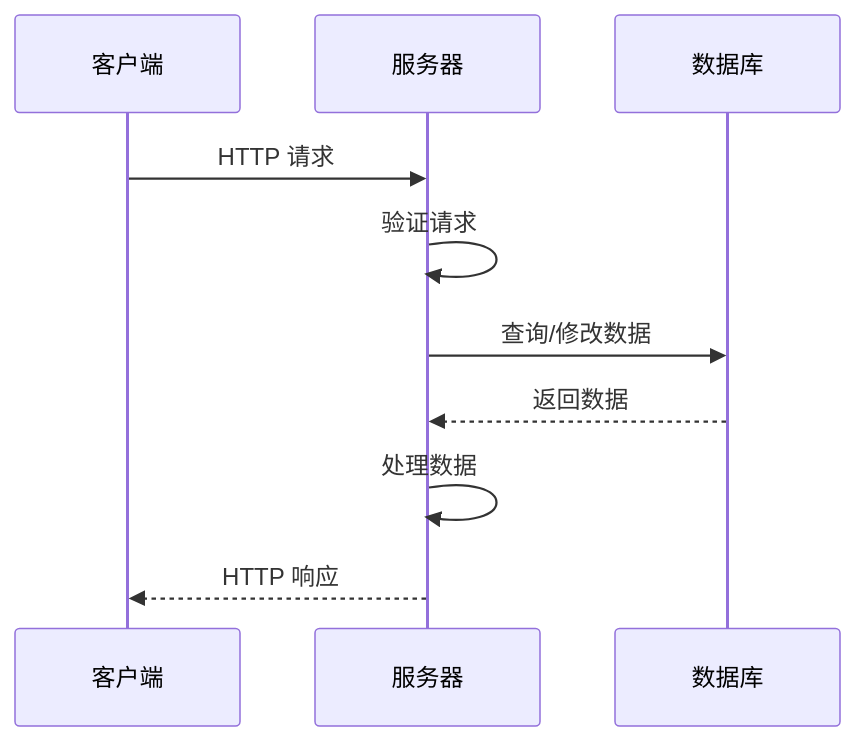
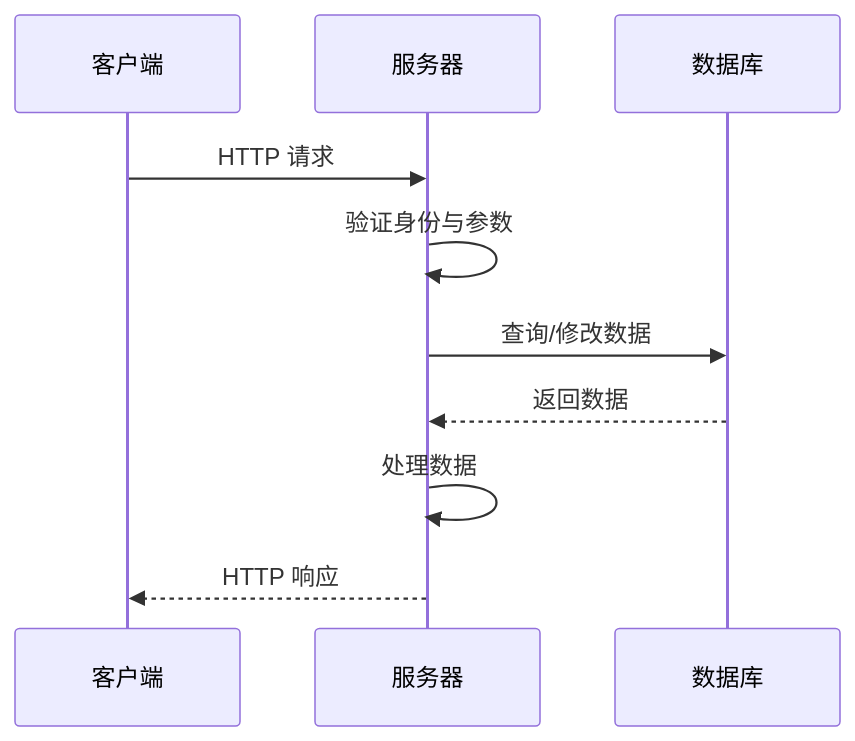
One commit to yulingfeng-rgb/obsidianDocuments changed the first of 3 diagrams in 30-Resources/AI概念/03_API.md. Above: the diagram before and after it, drawn with Mermaid. The commit also changed other lines of this file and 188 other files, not shown here.

````diff
--- a/30-Resources/AI概念/03_API.md
+++ b/30-Resources/AI概念/03_API.md
@@ -85,13 +75,12 @@
 ```mermaid
 sequenceDiagram
     participant Client as 客户端
     participant Server as 服务器
     participant DB as 数据库
-    
     Client->>Server: HTTP 请求
-    Server->>Server: 验证请求
+    Server->>Server: 验证身份与参数
     Server->>DB: 查询/修改数据
     DB-->>Server: 返回数据
     Server->>Server: 处理数据
     Server-->>Client: HTTP 响应
 ```
````
